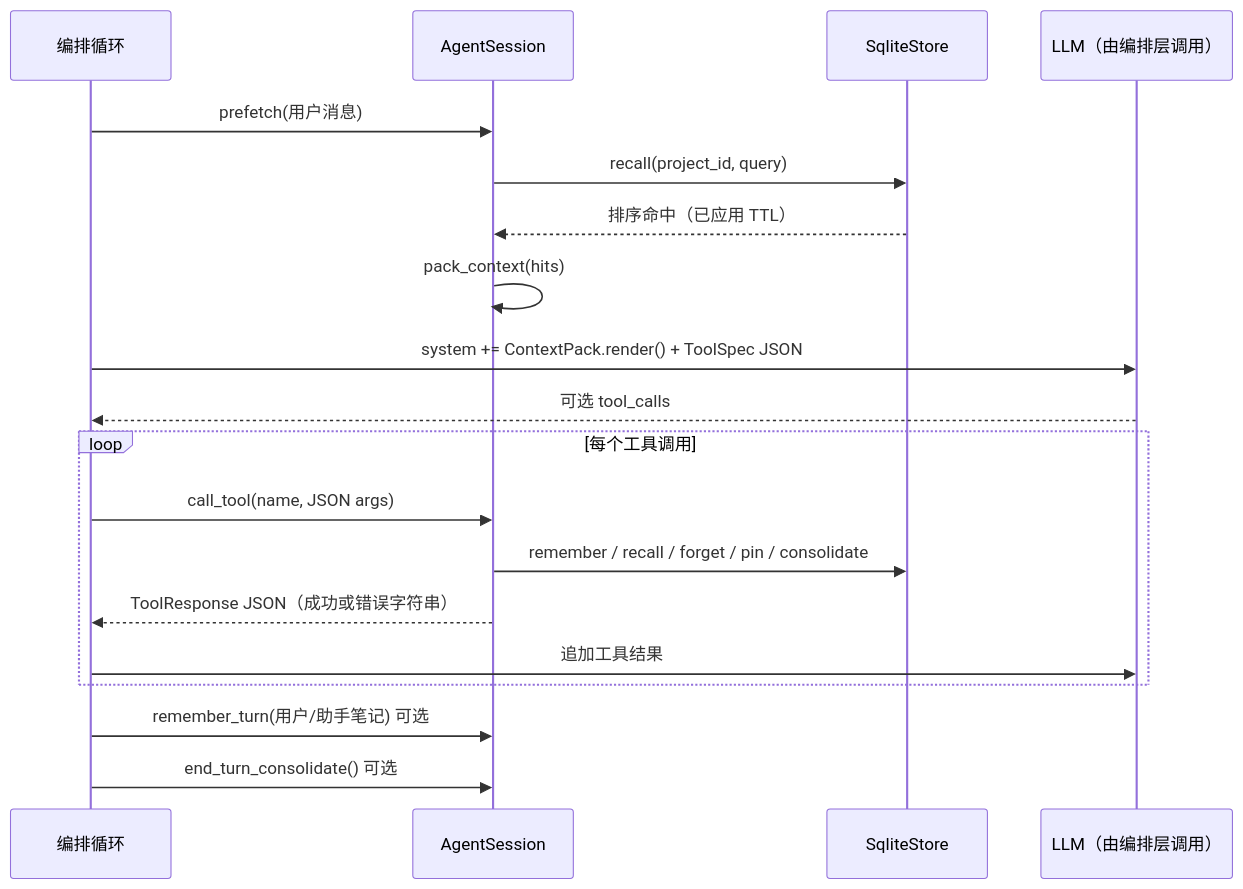
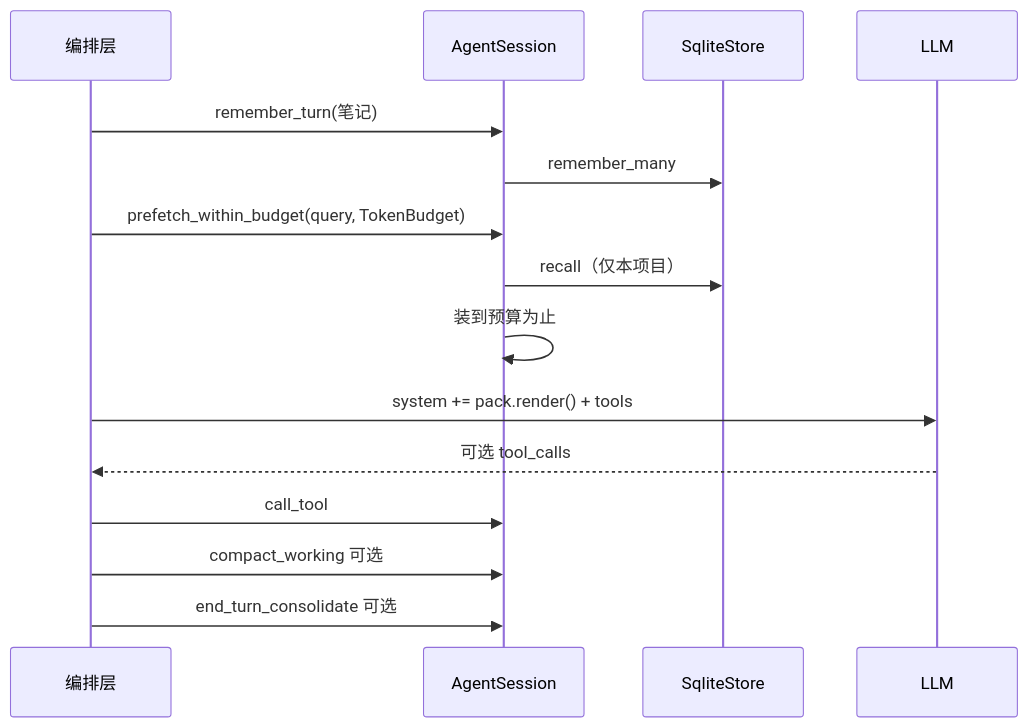
One commit to zzjzzb/ai-memory changed the second of 3 diagrams in docs/ARCHITECTURE.zh-CN.md. Above: the diagram before and after it, drawn with Mermaid. The commit also changed other lines of this file and 12 other files, not shown here.

````diff
--- a/docs/ARCHITECTURE.zh-CN.md
+++ b/docs/ARCHITECTURE.zh-CN.md
@@ -46,22 +48,18 @@
 ```mermaid
 sequenceDiagram
-    participant H as 编排循环
+    participant H as 编排层
     participant S as AgentSession
     participant K as SqliteStore
-    participant M as LLM（由编排层调用）
+    participant M as LLM
 
-    H->>S: prefetch(用户消息)
-    S->>K: recall(project_id, query)
-    K-->>S: 排序命中（已应用 TTL）
-    S->>S: pack_context(hits)
-    H->>M: system += ContextPack.render() + ToolSpec JSON
+    H->>S: remember_turn(笔记)
+    S->>K: remember_many
+    H->>S: prefetch_within_budget(query, TokenBudget)
+    S->>K: recall（仅本项目）
+    S->>S: 装到预算为止
+    H->>M: system += pack.render() + tools
     M-->>H: 可选 tool_calls
-    loop 每个工具调用
-        H->>S: call_tool(name, JSON args)
-        S->>K: remember / recall / forget / pin / consolidate
-        S-->>H: ToolResponse JSON（成功或错误字符串）
-        H->>M: 追加工具结果
-    end
-    H->>S: remember_turn(用户/助手笔记) 可选
-    H->>S: end_turn_consolidate() 可选
+    H->>S: call_tool
+    H->>S: compact_working 可选
+    H->>S: end_turn_consolidate 可选
 ```
````
